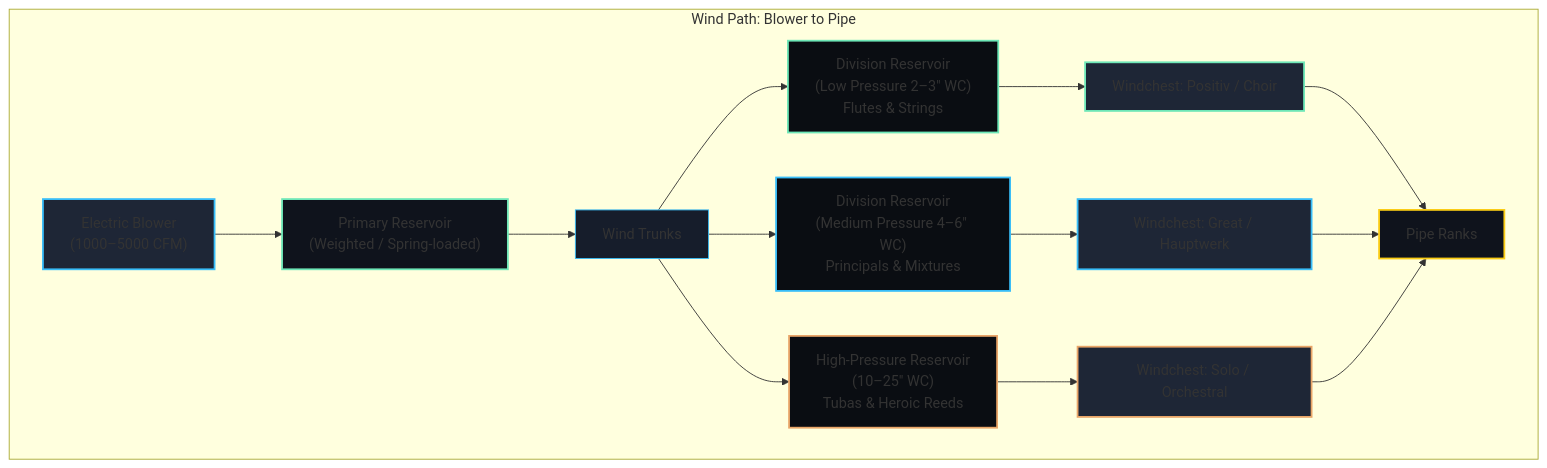
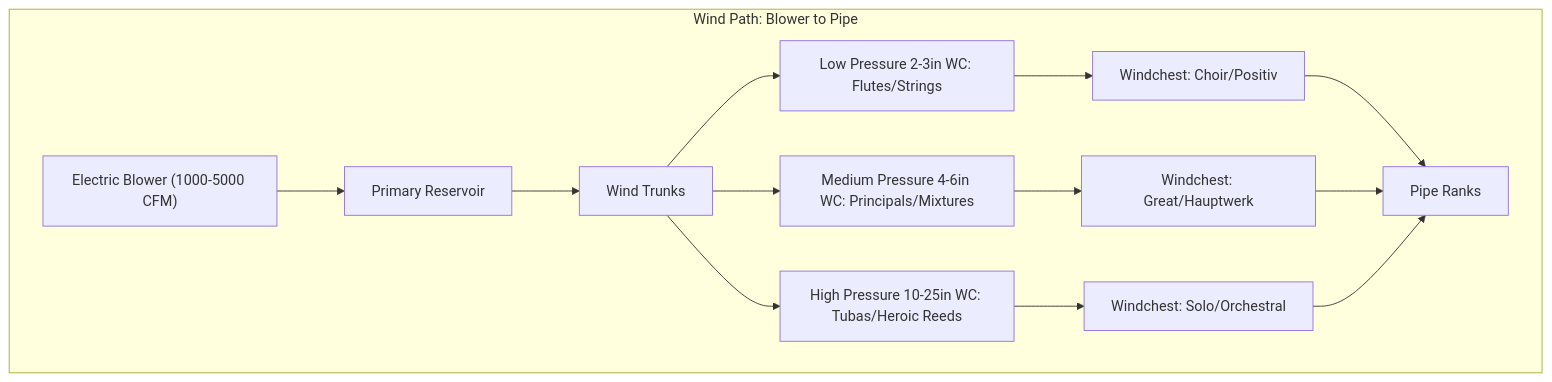
Before and after one commit to blebleblee/synapse: the first of 8 diagrams in topics/arts/music_performance/organ/lesson_01_organ_anatomy.md, drawn with Mermaid. The commit also changed other lines of this file and 4 other files, not shown here.

````diff
--- a/topics/arts/music_performance/organ/lesson_01_organ_anatomy.md
+++ b/topics/arts/music_performance/organ/lesson_01_organ_anatomy.md
@@ -84,27 +76,16 @@
 ```mermaid
 graph TD
     subgraph sub_wind_path ["Wind Path: Blower to Pipe"]
-        A["Electric Blower\n(1000–5000 CFM)"] --> B["Primary Reservoir\n(Weighted / Spring-loaded)"]
+        A["Electric Blower (1000-5000 CFM)"] --> B["Primary Reservoir"]
         B --> C["Wind Trunks"]
-        C --> D1["Division Reservoir\n(Low Pressure 2–3″ WC)\nFlutes & Strings"]
-        C --> D2["Division Reservoir\n(Medium Pressure 4–6″ WC)\nPrincipals & Mixtures"]
-        C --> D3["High-Pressure Reservoir\n(10–25″ WC)\nTubas & Heroic Reeds"]
-        D1 --> E1["Windchest: Positiv / Choir"]
-        D2 --> E2["Windchest: Great / Hauptwerk"]
-        D3 --> E3["Windchest: Solo / Orchestral"]
+        C --> D1["Low Pressure 2-3in WC: Flutes/Strings"]
+        C --> D2["Medium Pressure 4-6in WC: Principals/Mixtures"]
+        C --> D3["High Pressure 10-25in WC: Tubas/Heroic Reeds"]
+        D1 --> E1["Windchest: Choir/Positiv"]
+        D2 --> E2["Windchest: Great/Hauptwerk"]
+        D3 --> E3["Windchest: Solo/Orchestral"]
         E1 --> F["Pipe Ranks"]
         E2 --> F
         E3 --> F
     end
-
-    style A fill:#1E2636,stroke:#38BDF8,stroke-width:2px
-    style B fill:#0F131C,stroke:#6EE7B7,stroke-width:2px
-    style C fill:#161D2B,stroke:#38BDF8,stroke-width:1px
-    style D1 fill:#0A0D12,stroke:#6EE7B7,stroke-width:2px
-    style D2 fill:#0A0D12,stroke:#38BDF8,stroke-width:2px
-    style D3 fill:#0A0D12,stroke:#E9A568,stroke-width:2px
-    style E1 fill:#1E2636,stroke:#6EE7B7,stroke-width:2px
-    style E2 fill:#1E2636,stroke:#38BDF8,stroke-width:2px
-    style E3 fill:#1E2636,stroke:#E9A568,stroke-width:2px
-    style F fill:#0F131C,stroke:#FACC15,stroke-width:2px
 ```
````
